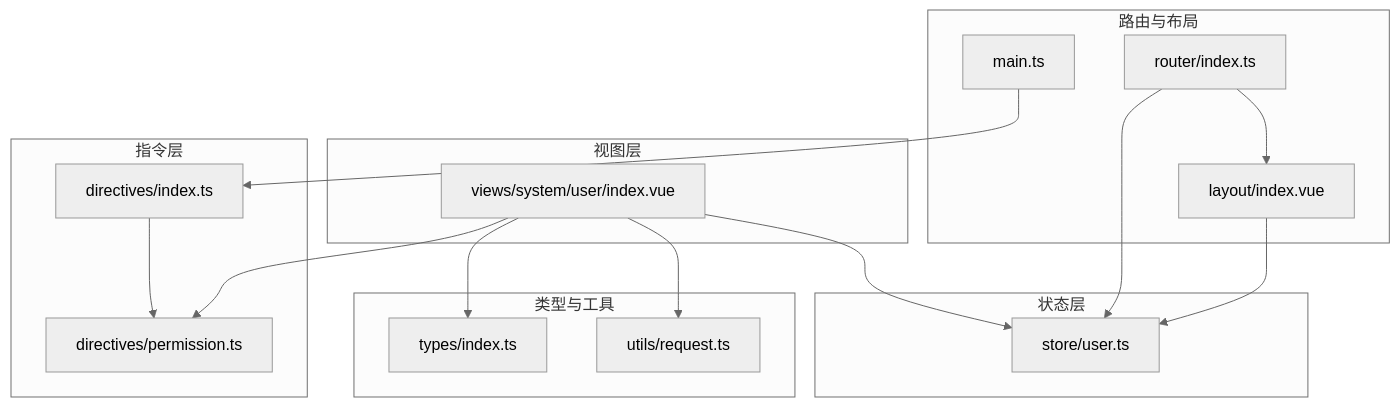
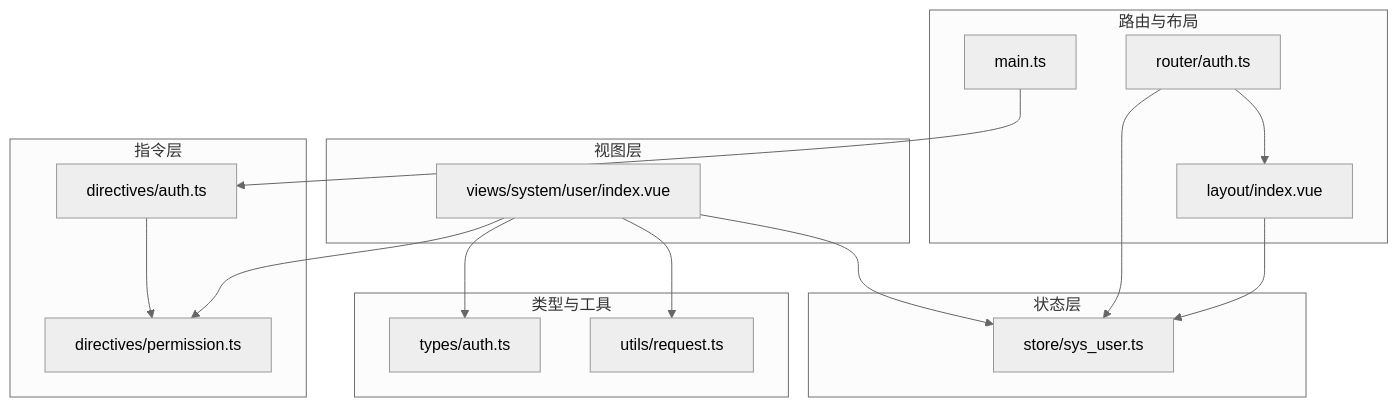
Before and after one commit to qiseyun/vue-ts-admin: the first of 4 diagrams in .qoder/repowiki/zh/content/系统管理模块/用户管理.md, drawn with Mermaid (neutral theme). The commit also changed other lines of this file and 42 other files, not shown here.

````diff
--- a/.qoder/repowiki/zh/content/系统管理模块/用户管理.md
+++ b/.qoder/repowiki/zh/content/系统管理模块/用户管理.md
@@ -48,31 +48,31 @@
 ```mermaid
 graph TB
 subgraph "视图层"
 VU["views/system/user/index.vue"]
 end
 subgraph "指令层"
 DP["directives/permission.ts"]
-DI["directives/index.ts"]
+DI["directives/auth.ts"]
 end
 subgraph "状态层"
-SU["store/user.ts"]
+SU["store/sys_user.ts"]
 end
 subgraph "类型与工具"
-TY["types/index.ts"]
+TY["types/auth.ts"]
 UT["utils/request.ts"]
 end
 subgraph "路由与布局"
-RT["router/index.ts"]
+RT["router/auth.ts"]
 LY["layout/index.vue"]
 MA["main.ts"]
 end
 MA --> DI
 DI --> DP
 VU --> DP
 VU --> SU
 VU --> UT
 VU --> TY
 RT --> LY
 RT --> SU
 LY --> SU
 ```
````
